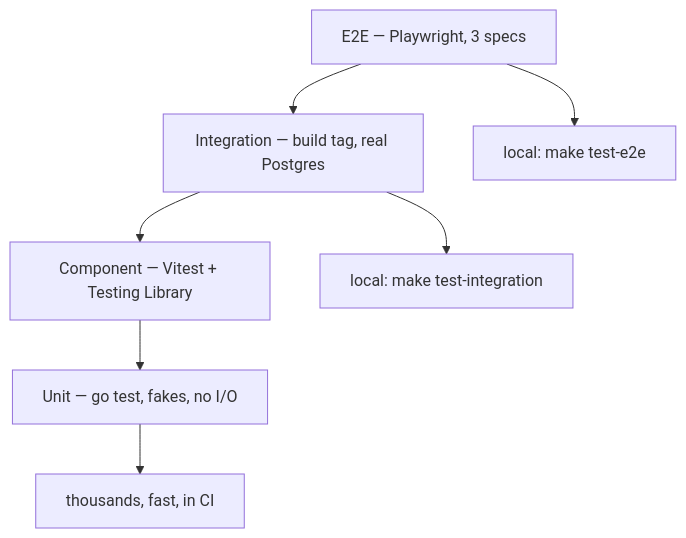
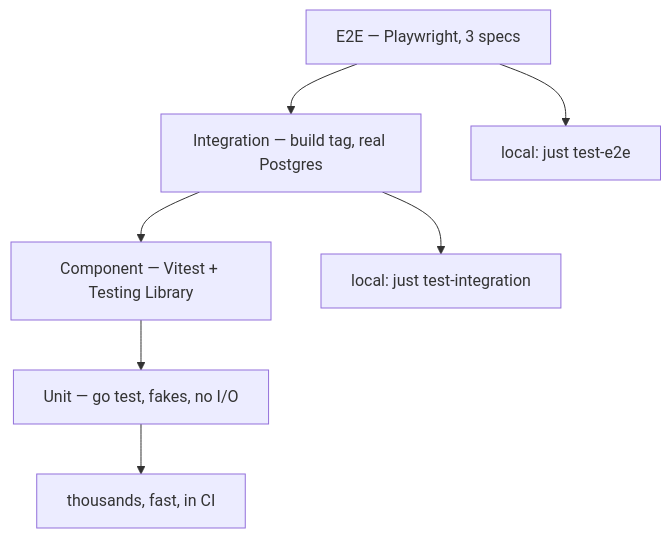
Before and after one commit to nonamecat19/job-finder: the first of 4 diagrams in docs/docs/operations/testing.md, drawn with Mermaid. The commit also changed other lines of this file and 26 other files, not shown here.

````diff
--- a/docs/docs/operations/testing.md
+++ b/docs/docs/operations/testing.md
@@ -11,9 +11,9 @@
 ```mermaid
 flowchart TD
     E["E2E — Playwright, 3 specs"] --> I["Integration — build tag, real Postgres"]
     I --> C["Component — Vitest + Testing Library"]
     C --> U["Unit — go test, fakes, no I/O"]
     U --> N["thousands, fast, in CI"]
-    I --> M["local: make test-integration"]
-    E --> M2["local: make test-e2e"]
+    I --> M["local: just test-integration"]
+    E --> M2["local: just test-e2e"]
 ```
````
